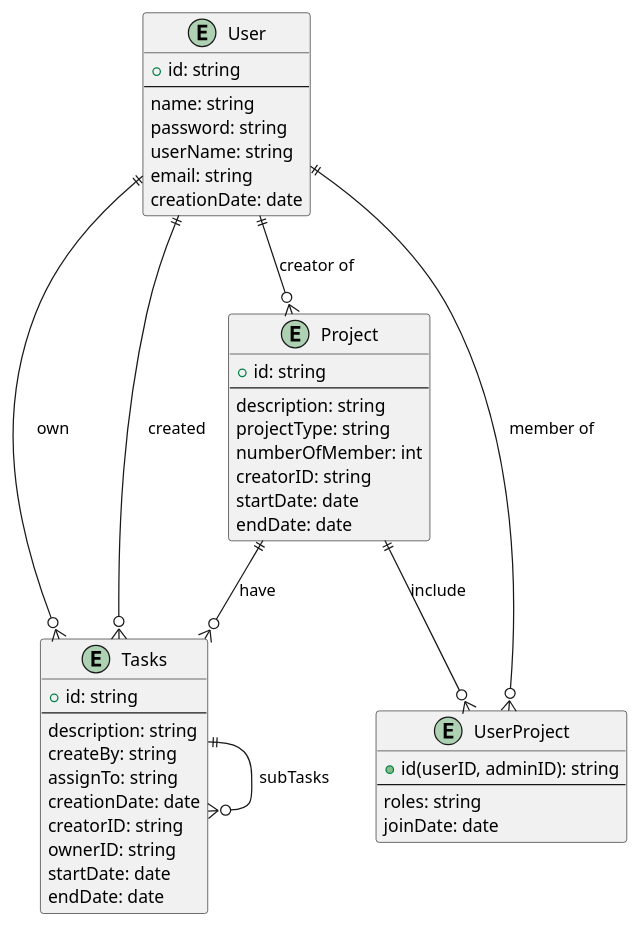
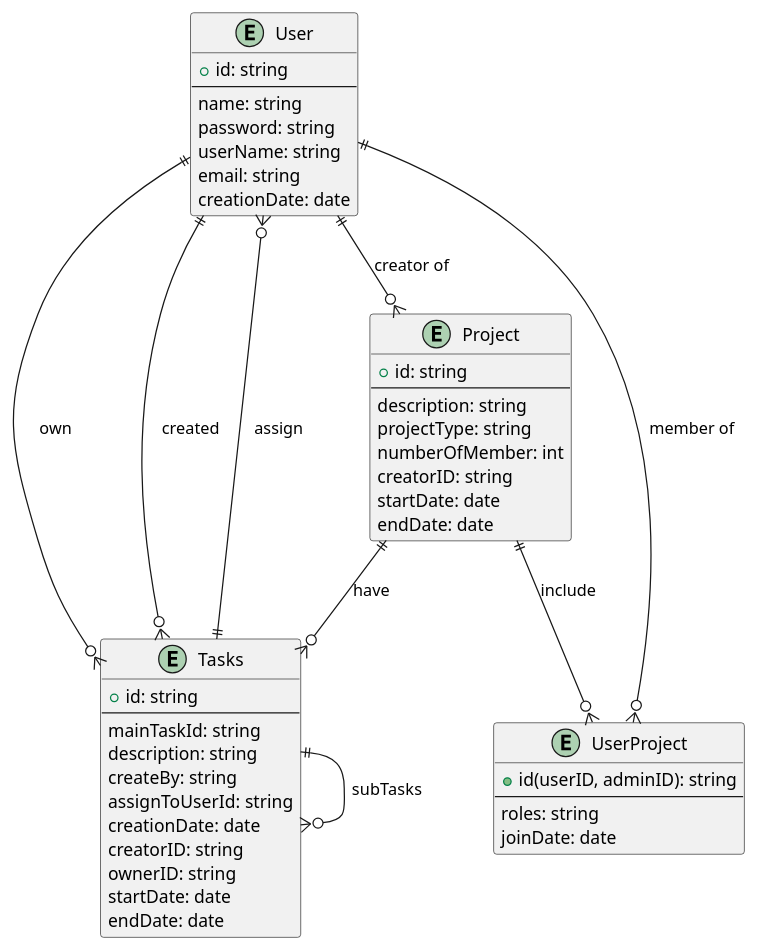
One commit to codingPhuc/erd-diagram changed the diagram in loopBack4ERD.wsd. Above: the diagram before and after it, drawn with PlantUML. The commit also changed 2 other files, not shown here.

```diff
--- a/loopBack4ERD.wsd
+++ b/loopBack4ERD.wsd
@@ -1,53 +1,56 @@
 @startuml
 
 entity "User" as e1 {
   +id: string 
   --
   name: string
   password: string 
   userName: string 
   email: string 
   creationDate: date
 }
 
 entity "UserProject" as e2 {
   +id(userID, adminID): string 
   --
   roles: string 
   joinDate: date 
 }
 
 entity "Project" as e3 {
   +id: string 
   --
   description: string
   projectType: string
   numberOfMember: int
   creatorID: string
   startDate: date
   endDate: date 
 }
 
 entity "Tasks" as e4 {
   +id: string 
   --
+  mainTaskId: string
   description: string
   createBy: string
-  assignTo: string 
+  assignToUserId: string 
   creationDate: date
   creatorID: string
   ownerID: string 
   startDate: date    
   endDate: date  
 }
 
 e1 ||--o{ e2 : "member of "
 e1 ||--o{ e3 : "creator of"
 e3 ||--o{ e4 : "have" 
 
 e1 ||--o{ e4 : "own"  
 e1 ||--o{ e4 : "created"  
 e3 ||--o{ e2 : "include"
 e4 ||-o{ e4 : "subTasks"
+e4 ||-o{ e1 : "assign"
+
 
 @enduml
```
